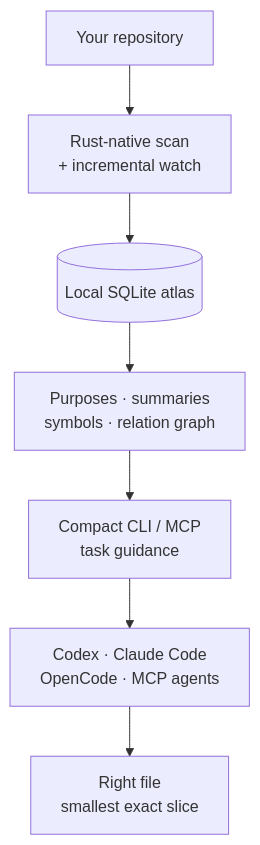
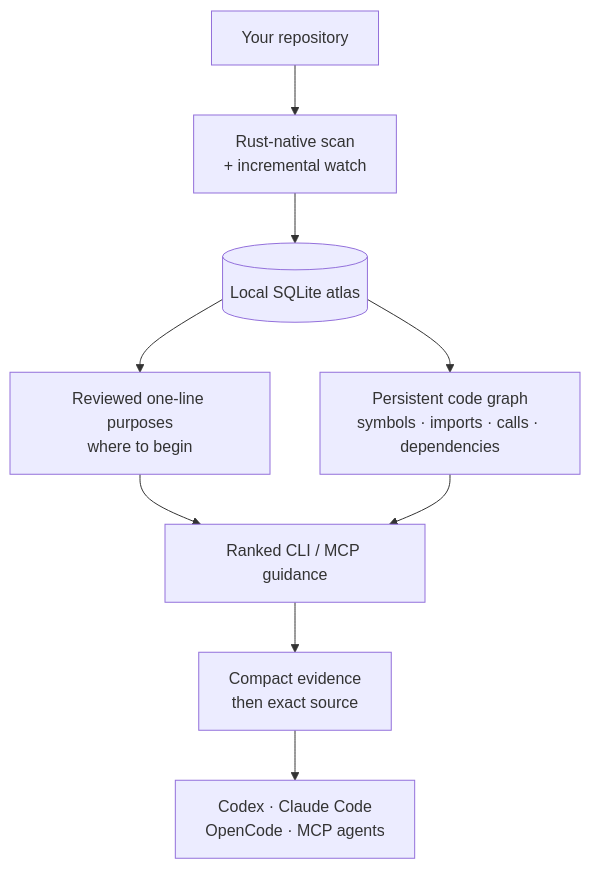
Before and after one commit to styler-ai/ProjectAtlas: the diagram in README.md, drawn with Mermaid. The commit also changed other lines of this file and 3 other files, not shown here.

Commit message:
docs(readme): clarify the purpose and graph workflow (#353)

````diff
--- a/README.md
+++ b/README.md
@@ -75,9 +100,11 @@
 ```mermaid
 flowchart TB
     Repo["Your repository"] --> Scan["Rust-native scan<br/>+ incremental watch"]
     Scan --> DB[("Local SQLite atlas")]
-    DB --> Intel["Purposes · summaries<br/>symbols · relation graph"]
-    Intel --> Guide["Compact CLI / MCP<br/>task guidance"]
-    Guide --> Agent["Codex · Claude Code<br/>OpenCode · MCP agents"]
-    Agent --> Slice["Right file<br/>smallest exact slice"]
+    DB --> Purpose["Reviewed one-line purposes<br/>where to begin"]
+    DB --> Graph["Persistent code graph<br/>symbols · imports · calls · dependencies"]
+    Purpose --> Guide["Ranked CLI / MCP guidance"]
+    Graph --> Guide
+    Guide --> Context["Compact evidence<br/>then exact source"]
+    Context --> Agent["Codex · Claude Code<br/>OpenCode · MCP agents"]
 ```
````
